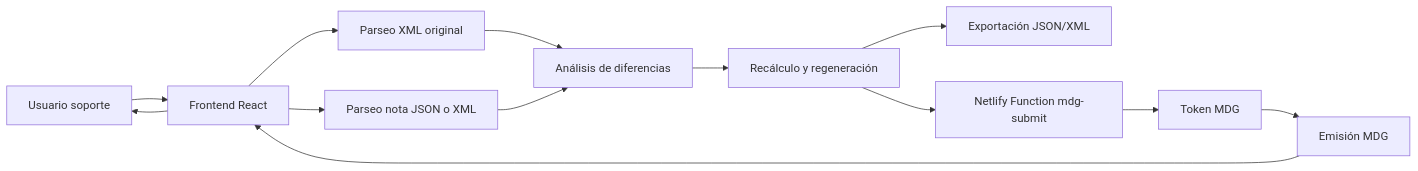
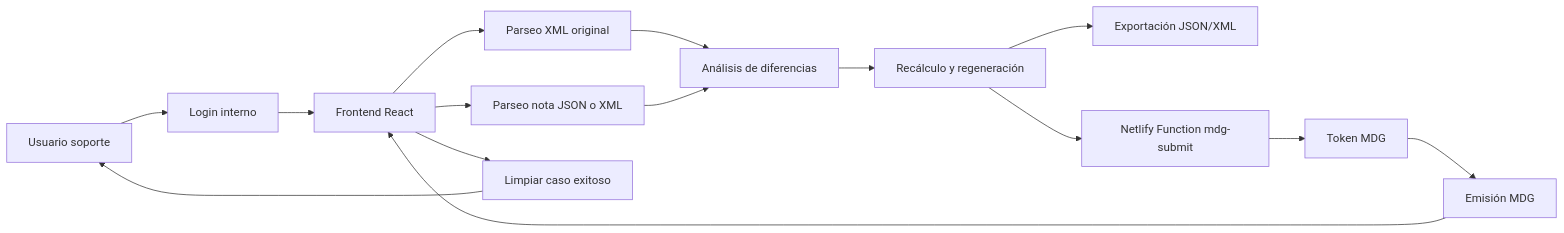
The first of 4 diagrams in README.md (hioposcr/hioposutil), drawn with Mermaid before and after one commit. The commit also changed other lines of this file, not shown here.

Commit message:
docs: update README with auth and MDG flow

````diff
--- a/README.md
+++ b/README.md
@@ -40,15 +45,17 @@
 ```mermaid
 flowchart LR
-    U[Usuario soporte] --> FE[Frontend React]
+    U[Usuario soporte] --> L[Login interno]
+    L --> FE[Frontend React]
     FE --> P1[Parseo XML original]
     FE --> P2[Parseo nota JSON o XML]
     P1 --> A[Análisis de diferencias]
     P2 --> A
     A --> R[Recálculo y regeneración]
     R --> X[Exportación JSON/XML]
     R --> NF[Netlify Function mdg-submit]
     NF --> T[Token MDG]
     T --> E[Emisión MDG]
     E --> FE
-    FE --> U
+    FE --> C[Limpiar caso exitoso]
+    C --> U
 ```
````
